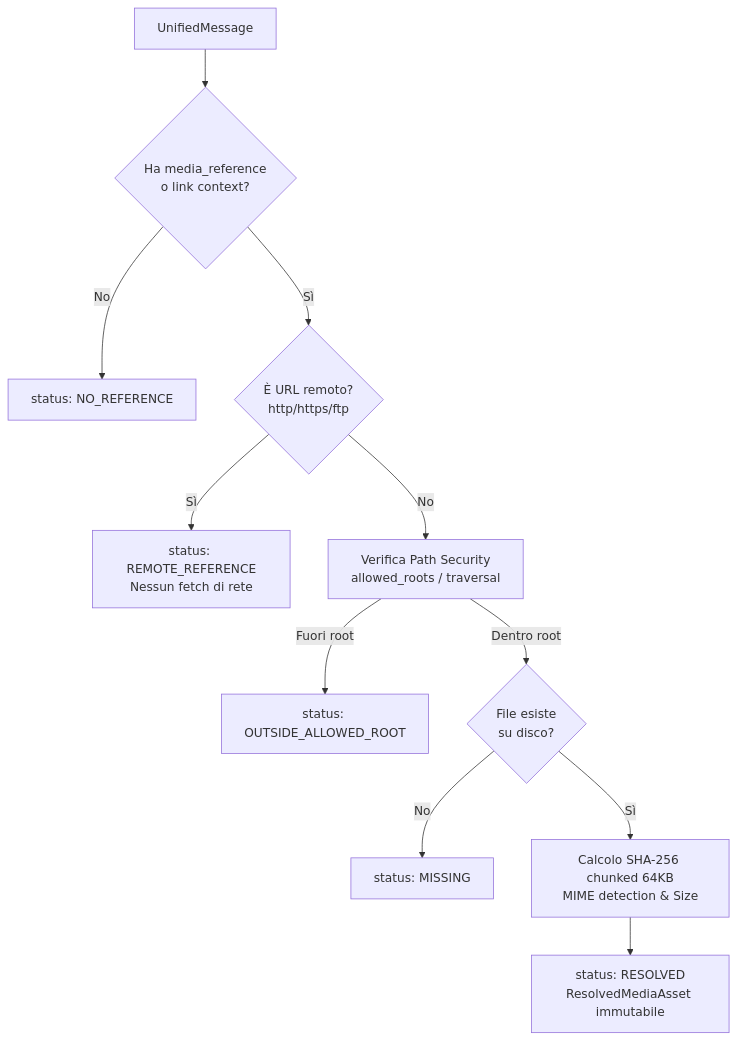
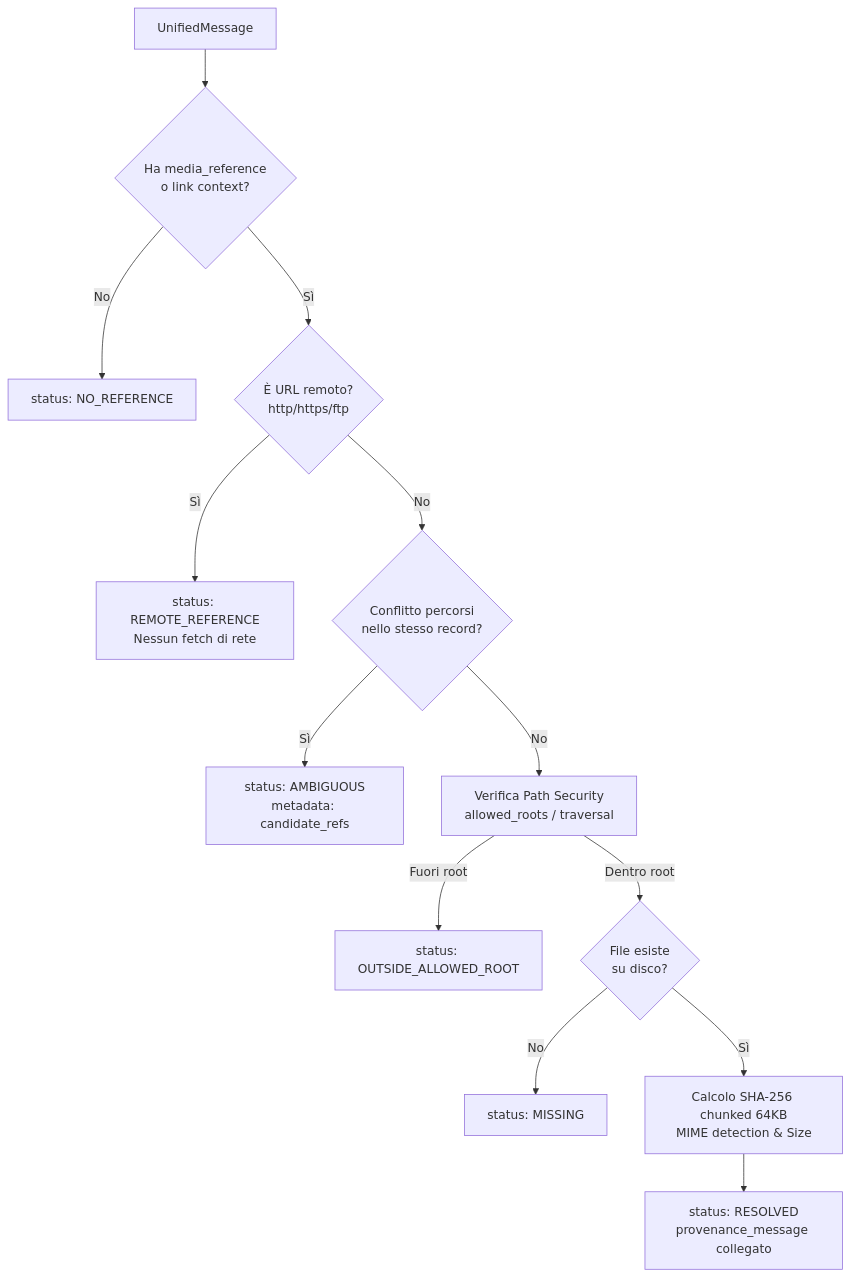
Before and after one commit to LucaSorbi/ChatAnalysis: the first of 5 diagrams in docs/multimodal-design.md, drawn with Mermaid. The commit also changed other lines of this file and 45 other files, not shown here.

````diff
--- a/docs/multimodal-design.md
+++ b/docs/multimodal-design.md
@@ -104,13 +186,15 @@
 ```mermaid
 flowchart TD
     UM[UnifiedMessage] --> CheckRef{Ha media_reference<br/>o link context?}
     CheckRef -- No --> NoRef[status: NO_REFERENCE]
     CheckRef -- Sì --> CheckRemote{È URL remoto?<br/>http/https/ftp}
     CheckRemote -- Sì --> Remote[status: REMOTE_REFERENCE<br/>Nessun fetch di rete]
-    CheckRemote -- No --> PathSec[Verifica Path Security<br/>allowed_roots / traversal]
+    CheckRemote -- No --> CheckAmbiguity{Conflitto percorsi<br/>nello stesso record?}
+    CheckAmbiguity -- Sì --> Ambiguous[status: AMBIGUOUS<br/>metadata: candidate_refs]
+    CheckAmbiguity -- No --> PathSec[Verifica Path Security<br/>allowed_roots / traversal]
     PathSec -- Fuori root --> OutRoot[status: OUTSIDE_ALLOWED_ROOT]
     PathSec -- Dentro root --> Exists{File esiste<br/>su disco?}
     Exists -- No --> Missing[status: MISSING]
     Exists -- Sì --> HashCompute[Calcolo SHA-256 chunked 64KB<br/>MIME detection & Size]
-    HashCompute --> Resolved[status: RESOLVED<br/>ResolvedMediaAsset immutabile]
+    HashCompute --> Resolved[status: RESOLVED<br/>provenance_message collegato]
 ```
````
